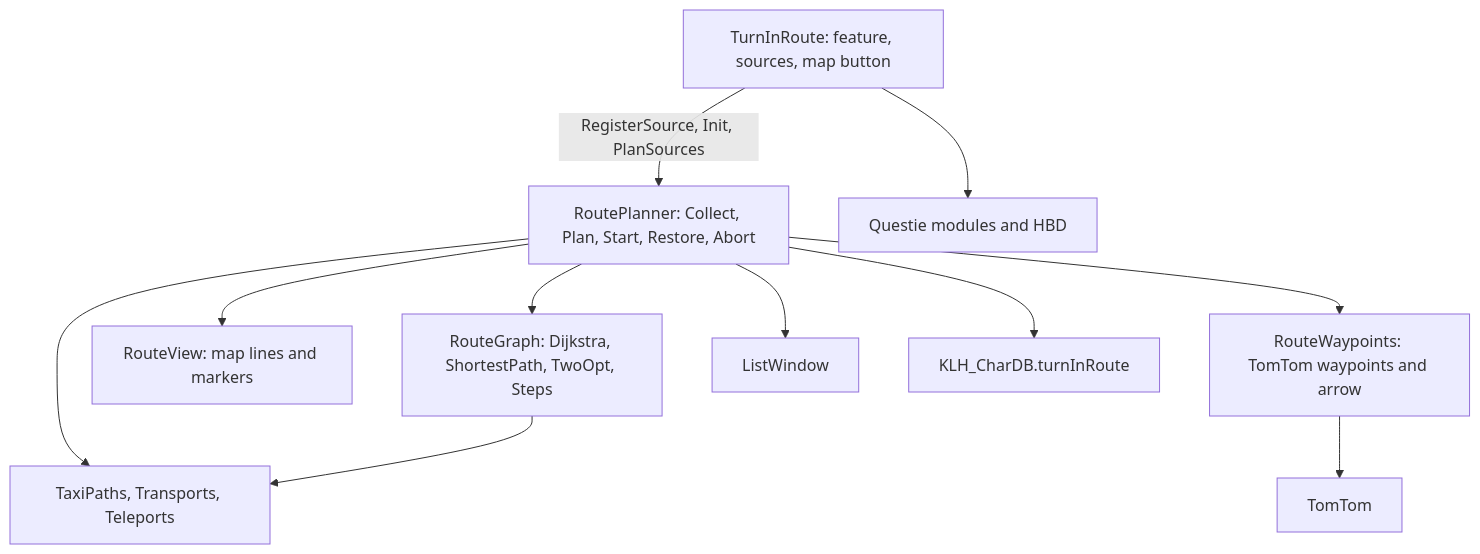
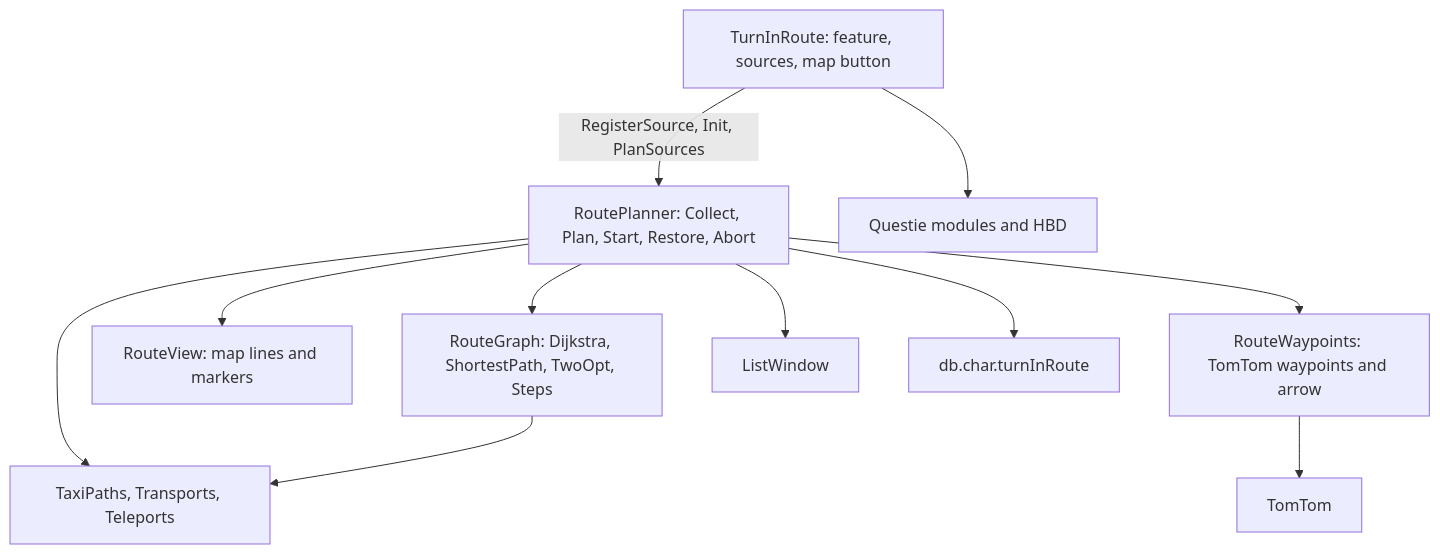
One commit to lkshrk/KlausisLittleHelpers changed the diagram in docs/4. Deep Dive/Route Planner.md. Above: the diagram before and after it, drawn with Mermaid. The commit also changed 10 other files, not shown here.

````diff
--- a/docs/4. Deep Dive/Route Planner.md
+++ b/docs/4. Deep Dive/Route Planner.md
@@ -25,24 +25,24 @@
 ```mermaid
 graph TB
     TR["TurnInRoute: feature, sources, map button"]
     RP["RoutePlanner: Collect, Plan, Start, Restore, Abort"]
     RG["RouteGraph: Dijkstra, ShortestPath, TwoOpt, Steps"]
     RV["RouteView: map lines and markers"]
     RW["RouteWaypoints: TomTom waypoints and arrow"]
     LW["ListWindow"]
     TD["TaxiPaths, Transports, Teleports"]
     Q["Questie modules and HBD"]
     TT["TomTom"]
-    CD["KLH_CharDB.turnInRoute"]
+    CD["db.char.turnInRoute"]
 
     TR -->|"RegisterSource, Init, PlanSources"| RP
     TR --> Q
     RP --> RG
     RP --> RV
     RP --> RW
     RW --> TT
     RP --> LW
     RP --> TD
     RP --> CD
     RG --> TD
 ```
````
